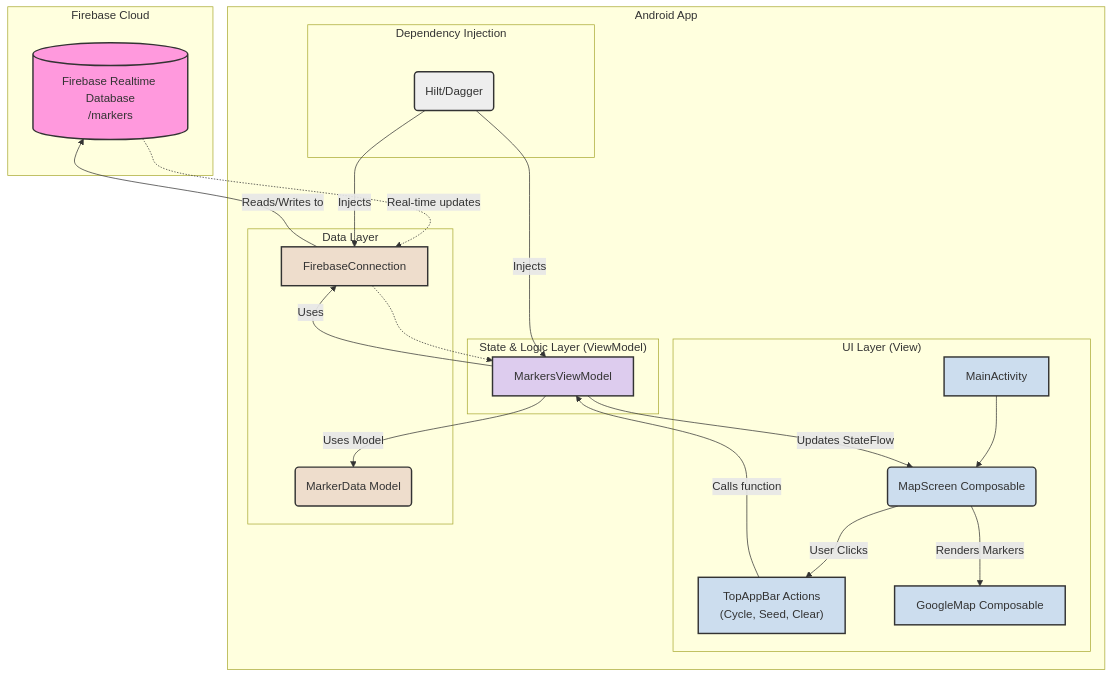
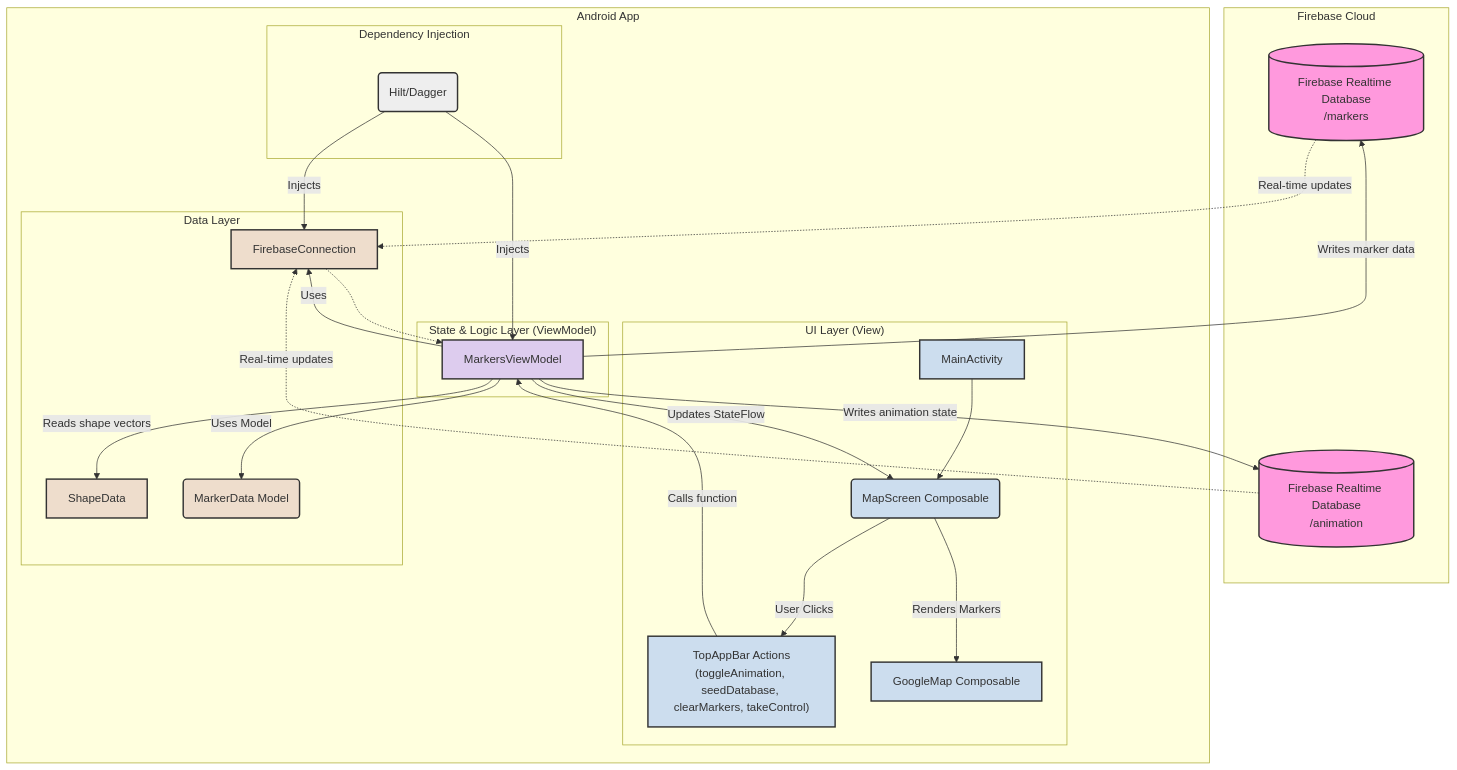
The diagram in FireMarkers/ARCHITECTURE.md (googlemaps-samples/android-samples), drawn with Mermaid before and after one commit. The commit also changed other lines of this file and 15 other files, not shown here.

````diff
--- a/FireMarkers/ARCHITECTURE.md
+++ b/FireMarkers/ARCHITECTURE.md
@@ -7,51 +7,63 @@
 ```mermaid
 flowchart TD
     subgraph "Firebase Cloud"
-        DB[(Firebase Realtime Database\n/markers)]
+        MarkersDB[(Firebase Realtime Database\n/markers)]
+        AnimationDB[(Firebase Realtime Database\n/animation)]
     end
 
     subgraph "Android App"
         subgraph "UI Layer (View)"
             A[MainActivity] --> B(MapScreen Composable);
-            B -- User Clicks --> C["TopAppBar Actions<br>(Cycle, Seed, Clear)"];
+            B -- User Clicks --> C["TopAppBar Actions<br>(toggleAnimation, seedDatabase, clearMarkers, takeControl)"];
             B -- Renders Markers --> D[GoogleMap Composable];
         end
 
         subgraph "State & Logic Layer (ViewModel)"
             VM[MarkersViewModel];
         end
 
         subgraph "Data Layer"
             FC[FirebaseConnection];
+            SD[ShapeData];
             M(MarkerData Model);
         end
 
         subgraph "Dependency Injection"
             Hilt(Hilt/Dagger);
         end
     end
 
     %% --- Interactions ---
     C -- Calls function --> VM;
     VM -- Uses --> FC;
-    FC -- Reads/Writes to --> DB;
-    DB -.->|Real-time updates| FC;
+    VM -- Reads shape vectors --> SD;
+    
+    %% Controller writes to Firebase
+    VM -- Writes animation state --> AnimationDB;
+    VM -- Writes marker data --> MarkersDB;
+
+    %% All clients listen for real-time updates
+    MarkersDB -.->|Real-time updates| FC;
+    AnimationDB -.->|Real-time updates| FC;
+    
     FC -.-> VM;
     VM -- Updates StateFlow --> B;
     VM -- Uses Model --> M;
 
     %% --- DI Graph ---
     Hilt -- Injects --> FC;
     Hilt -- Injects --> VM;
 
     %% --- Styling ---
     style A fill:#cde,stroke:#333,stroke-width:2px
     style B fill:#cde,stroke:#333,stroke-width:2px
     style C fill:#cde,stroke:#333,stroke-width:2px
     style D fill:#cde,stroke:#333,stroke-width:2px
     style VM fill:#dce,stroke:#333,stroke-width:2px
     style FC fill:#edc,stroke:#333,stroke-width:2px
+    style SD fill:#edc,stroke:#333,stroke-width:2px
     style M fill:#edc,stroke:#333,stroke-width:2px
-    style DB fill:#f9d,stroke:#333,stroke-width:2px
+    style MarkersDB fill:#f9d,stroke:#333,stroke-width:2px
+    style AnimationDB fill:#f9d,stroke:#333,stroke-width:2px
     style Hilt fill:#eee,stroke:#333,stroke-width:2px
 ```
````
